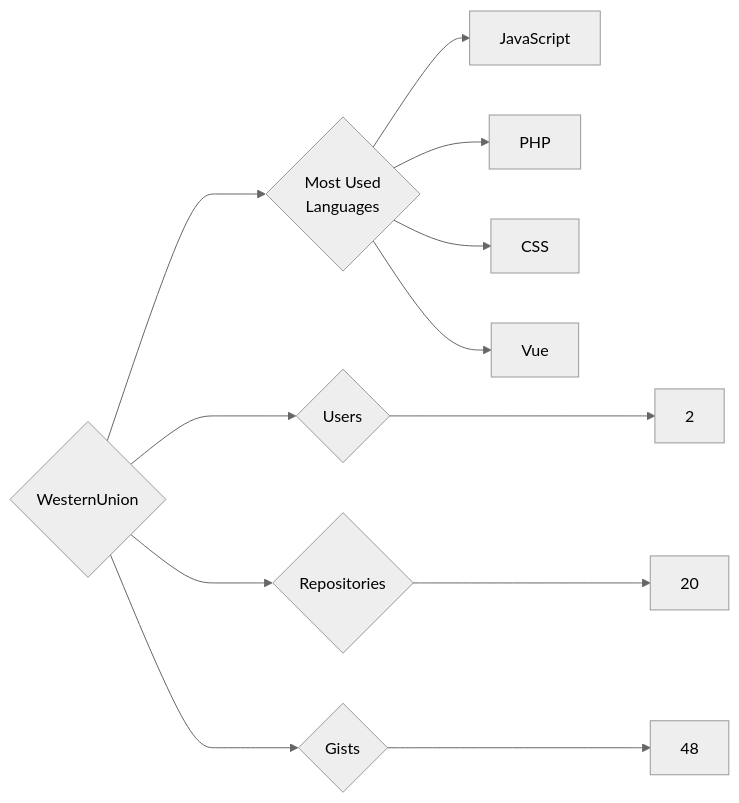
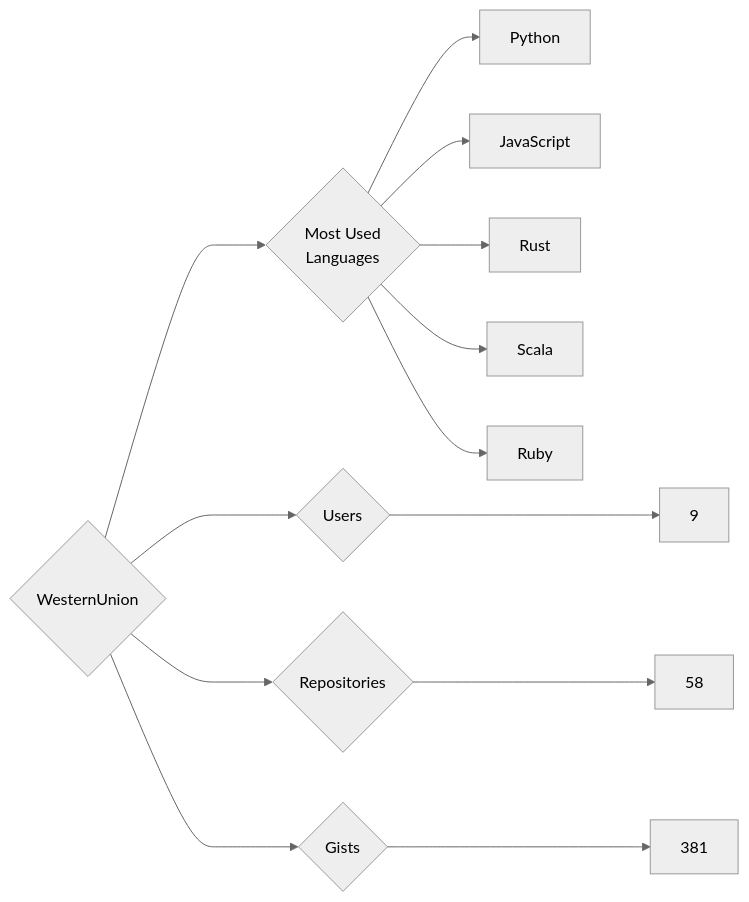
Before and after one commit to trickest/insiders: the diagram in targets/WesternUnion/README.md, drawn with Mermaid (neutral theme). The commit also changed 1508 other files, not shown here.

````diff
--- a/targets/WesternUnion/README.md
+++ b/targets/WesternUnion/README.md
@@ -3,12 +3,13 @@
 ```mermaid
 graph LR
 COMPANY_NAME{WesternUnion}
-COMPANY_NAME ---> U{Users} ---> UN[2]
-COMPANY_NAME ---> R{Repositories} ---> RN[20]
-COMPANY_NAME ---> G{Gists} ---> GN[48]
+COMPANY_NAME ---> U{Users} ---> UN[9]
+COMPANY_NAME ---> R{Repositories} ---> RN[58]
+COMPANY_NAME ---> G{Gists} ---> GN[381]
 COMPANY_NAME ---> ML{Most Used<br>Languages}
+ML --> Python[Python]
 ML --> JavaScript[JavaScript]
-ML --> PHP[PHP]
-ML --> CSS[CSS]
-ML --> Vue[Vue]
+ML --> Rust[Rust]
+ML --> Scala[Scala]
+ML --> Ruby[Ruby]
 ```
````
